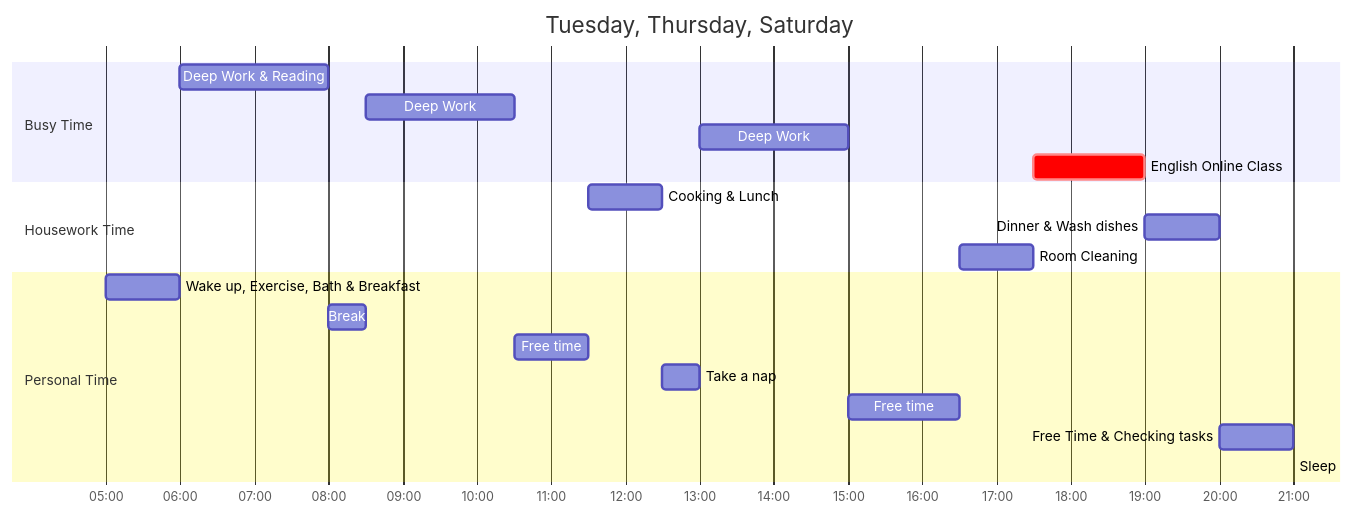
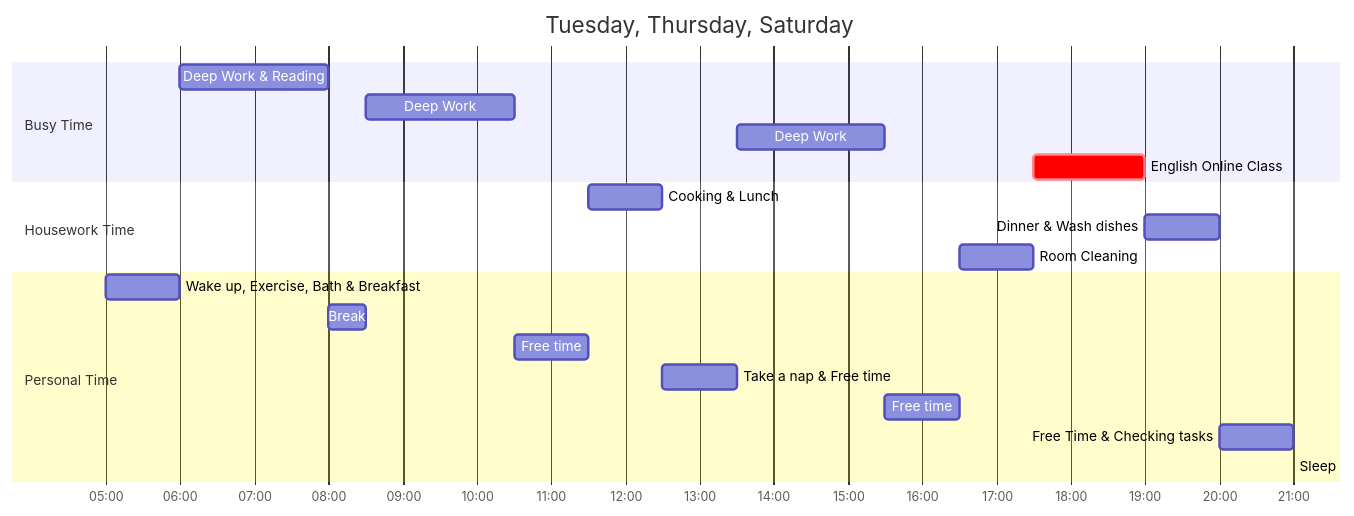
One commit to S-ROLL/notebook.maths changed the second of 2 diagrams in balance/README.md. Above: the diagram before and after it, drawn with Mermaid.

````diff
--- a/balance/README.md
+++ b/balance/README.md
@@ -27,26 +27,26 @@
 ```mermaid
 gantt
     title Tuesday, Thursday, Saturday
     dateFormat  HH:mm
     axisFormat  %H:%M
     
     section Busy Time
     Deep Work & Reading            :06:00, 2h
     Deep Work             :08:30, 2h
-    Deep Work             :13:00, 2h
+    Deep Work             :13:30, 2h
     English Online Class     : crit, 17:30, 1.5h
 
     section Housework Time
     Cooking & Lunch      :11:30, 1h
     Dinner & Wash dishes :19:00, 1h
     Room Cleaning            :16:30, 1h
 
     section Personal Time
     Wake up, Exercise, Bath & Breakfast :05:00, 1h
     Break                    :08:00, 0.5h
     Free time                :10:30, 1h
-    Take a nap               :12:30, 0.5h
-    Free time                :15:00, 1.5h
+    Take a nap & Free time   :12:30, 1h
+    Free time                :15:30, 1h
     Free Time & Checking tasks                :20:00, 1h
     Sleep                    :21:00
 ```
````
